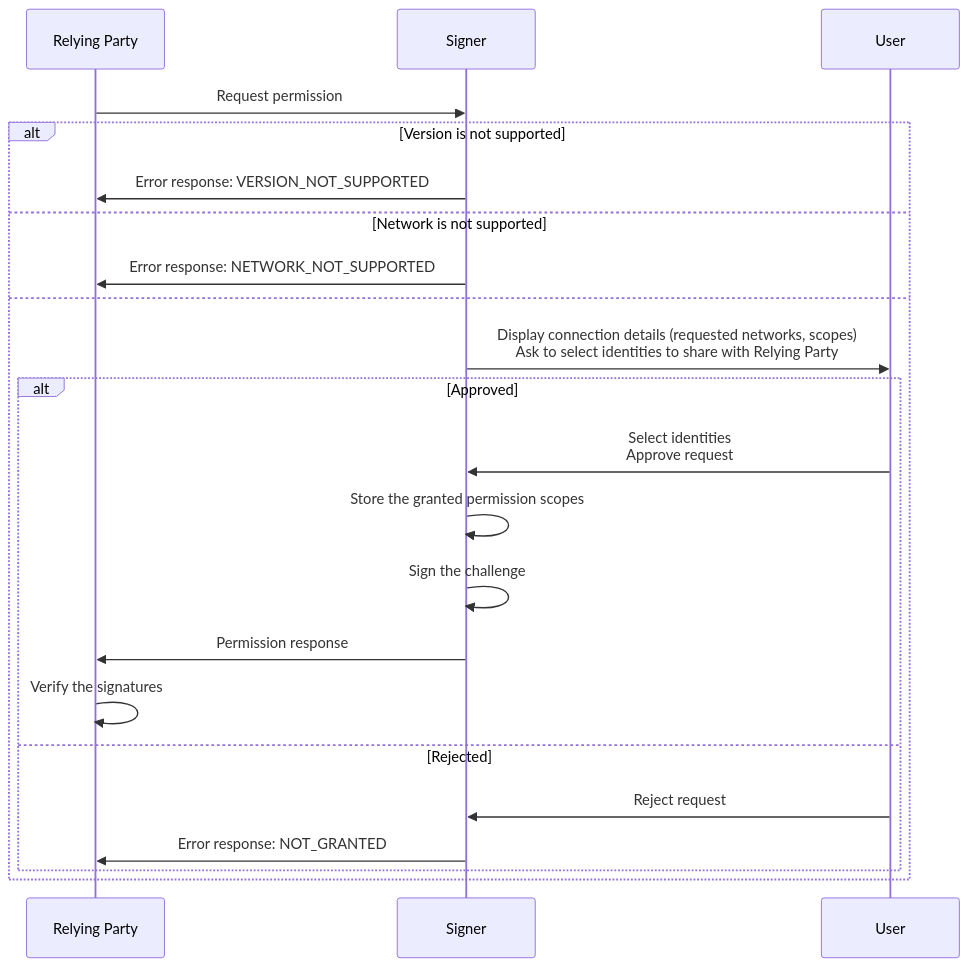
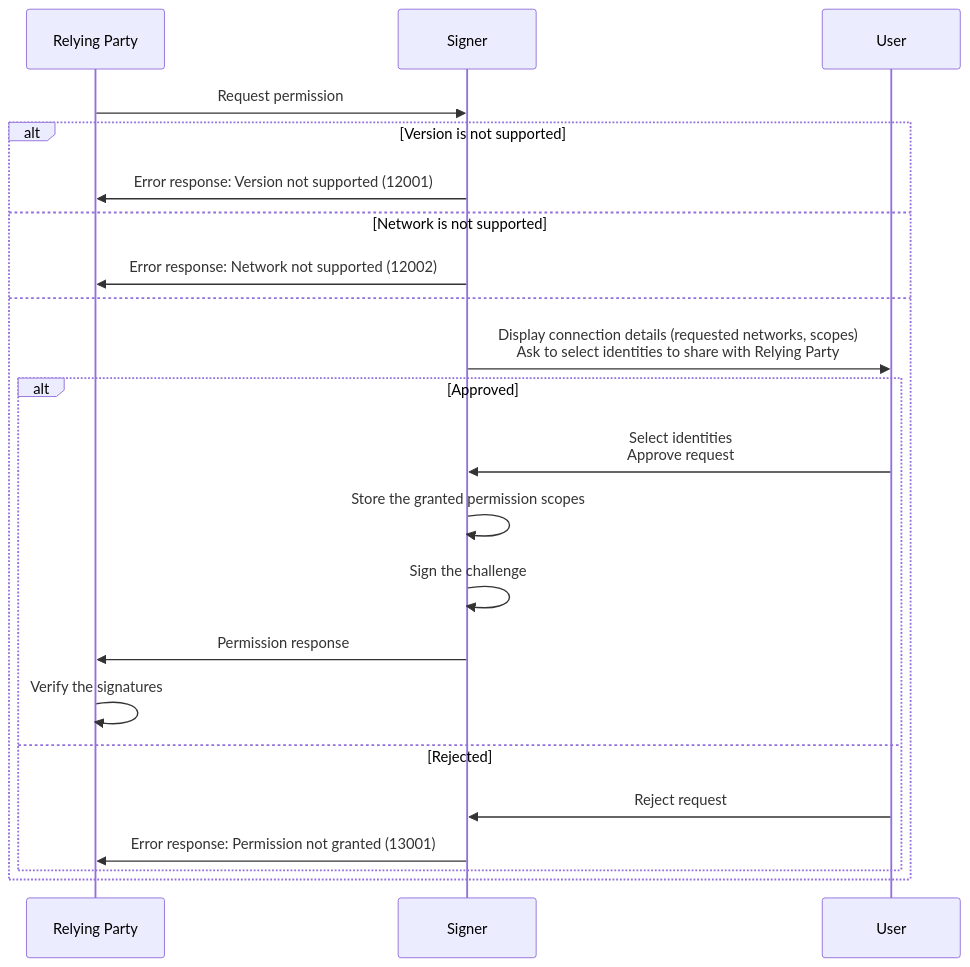
One commit to dfinity/wg-identity-authentication changed the first of 3 diagrams in topics/icrc_25_signer_interaction_standard.md. Above: the diagram before and after it, drawn with Mermaid. The commit also changed other lines of this file, not shown here.

Commit message:
Fix error response specs to comply to JSON-RPC 2.0 standard

````diff
--- a/topics/icrc_25_signer_interaction_standard.md
+++ b/topics/icrc_25_signer_interaction_standard.md
@@ -102,25 +118,25 @@
 ```mermaid
 sequenceDiagram
     participant RP as Relying Party
     participant S as Signer
     participant U as User
 
     RP ->> S: Request permission
     alt Version is not supported
-        S ->> RP: Error response: VERSION_NOT_SUPPORTED
+        S ->> RP: Error response: Version not supported (12001)
     else Network is not supported
-        S ->> RP: Error response: NETWORK_NOT_SUPPORTED
+        S ->> RP: Error response: Network not supported (12002)
     else
         S ->> U: Display connection details (requested networks, scopes)<br/> Ask to select identities to share with Relying Party
         alt Approved
             U ->> S: Select identities<br/>Approve request
             S ->> S: Store the granted permission scopes
             S ->> S: Sign the challenge
             S ->> RP: Permission response
             RP ->> RP: Verify the signatures
         else Rejected
             U ->> S: Reject request
-            S ->> RP: Error response: NOT_GRANTED
+            S ->> RP: Error response: Permission not granted (13001)
         end
     end
 ```
````
